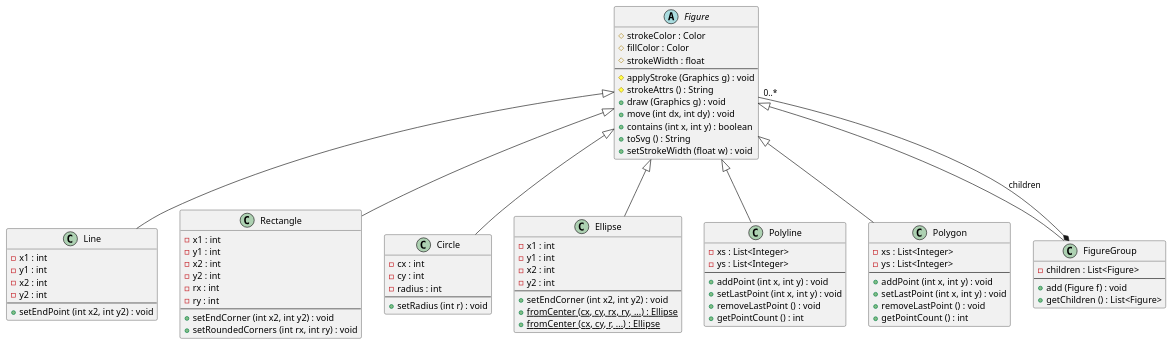
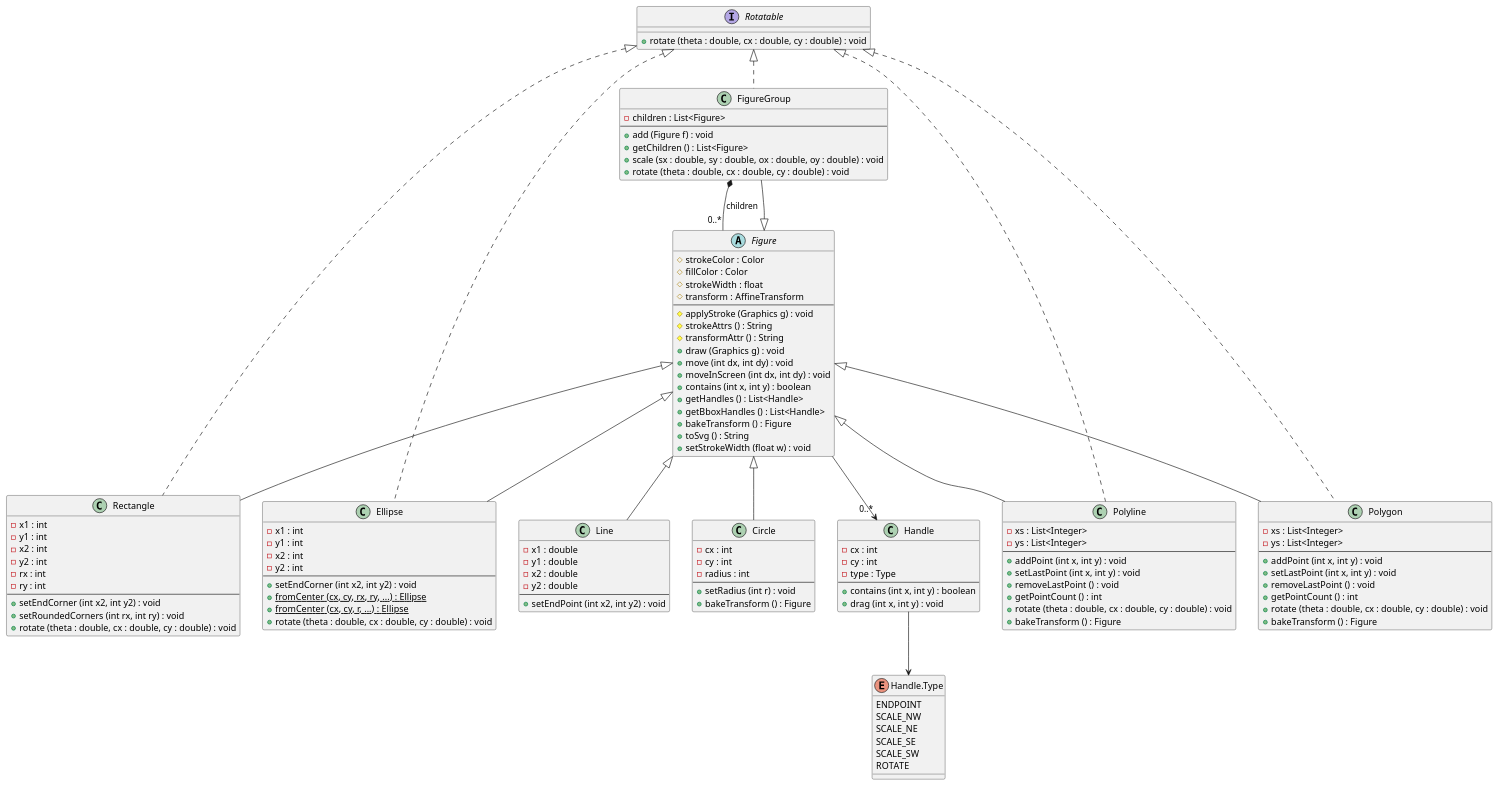
The second of 3 diagrams in docs/static-structure.md (cpcp-lab/sdd-figure-editor), drawn with PlantUML before and after one commit. The commit also changed other lines of this file and 21 other files, not shown here.

First line of the commit message:
Implement figure handles, AffineTransform support, and SVG transform extension

````diff
--- a/docs/static-structure.md
+++ b/docs/static-structure.md
@@ -122,25 +134,53 @@
 ```plantuml
 @startuml static-structure-model
+
+interface Rotatable {
+    + rotate (theta : double, cx : double, cy : double) : void
+}
 
 abstract class Figure {
     # strokeColor : Color
     # fillColor : Color
     # strokeWidth : float
+    # transform : AffineTransform
     --
     # applyStroke (Graphics g) : void
     # strokeAttrs () : String
+    # transformAttr () : String
     + draw (Graphics g) : void
     + move (int dx, int dy) : void
+    + moveInScreen (int dx, int dy) : void
     + contains (int x, int y) : boolean
+    + getHandles () : List<Handle>
+    + getBboxHandles () : List<Handle>
+    + bakeTransform () : Figure
     + toSvg () : String
     + setStrokeWidth (float w) : void
 }
 
+class Handle {
+    - cx : int
+    - cy : int
+    - type : Type
+    --
+    + contains (int x, int y) : boolean
+    + drag (int x, int y) : void
+}
+
+enum "Handle.Type" as HandleType {
+    ENDPOINT
+    SCALE_NW
+    SCALE_NE
+    SCALE_SE
+    SCALE_SW
+    ROTATE
+}
+
 class Line {
-    - x1 : int
-    - y1 : int
-    - x2 : int
-    - y2 : int
+    - x1 : double
+    - y1 : double
+    - x2 : double
+    - y2 : double
     --
     + setEndPoint (int x2, int y2) : void
 }
@@ -155,6 +195,7 @@
     --
     + setEndCorner (int x2, int y2) : void
     + setRoundedCorners (int rx, int ry) : void
+    + rotate (theta : double, cx : double, cy : double) : void
 }
 
 class Circle {
@@ -163,6 +204,7 @@
     - radius : int
     --
     + setRadius (int r) : void
+    + bakeTransform () : Figure
 }
 
 class Ellipse {
@@ -174,6 +216,7 @@
     + setEndCorner (int x2, int y2) : void
     + {static} fromCenter (cx, cy, rx, ry, ...) : Ellipse
     + {static} fromCenter (cx, cy, r, ...) : Ellipse
+    + rotate (theta : double, cx : double, cy : double) : void
 }
 
 class Polyline {
@@ -184,6 +227,8 @@
     + setLastPoint (int x, int y) : void
     + removeLastPoint () : void
     + getPointCount () : int
+    + rotate (theta : double, cx : double, cy : double) : void
+    + bakeTransform () : Figure
 }
 
 class Polygon {
@@ -194,6 +239,8 @@
     + setLastPoint (int x, int y) : void
     + removeLastPoint () : void
     + getPointCount () : int
+    + rotate (theta : double, cx : double, cy : double) : void
+    + bakeTransform () : Figure
 }
 
 class FigureGroup {
@@ -201,6 +248,8 @@
     --
     + add (Figure f) : void
     + getChildren () : List<Figure>
+    + scale (sx : double, sy : double, ox : double, oy : double) : void
+    + rotate (theta : double, cx : double, cy : double) : void
 }
 
 Figure <|-- Line
@@ -212,5 +261,14 @@
 Figure <|-- FigureGroup
 FigureGroup *-- "0..*" Figure : children
 
+Rotatable <|.. Rectangle
+Rotatable <|.. Ellipse
+Rotatable <|.. Polyline
+Rotatable <|.. Polygon
+Rotatable <|.. FigureGroup
+
+Figure --> "0..*" Handle
+Handle --> HandleType
+
 @enduml
 ```
````
